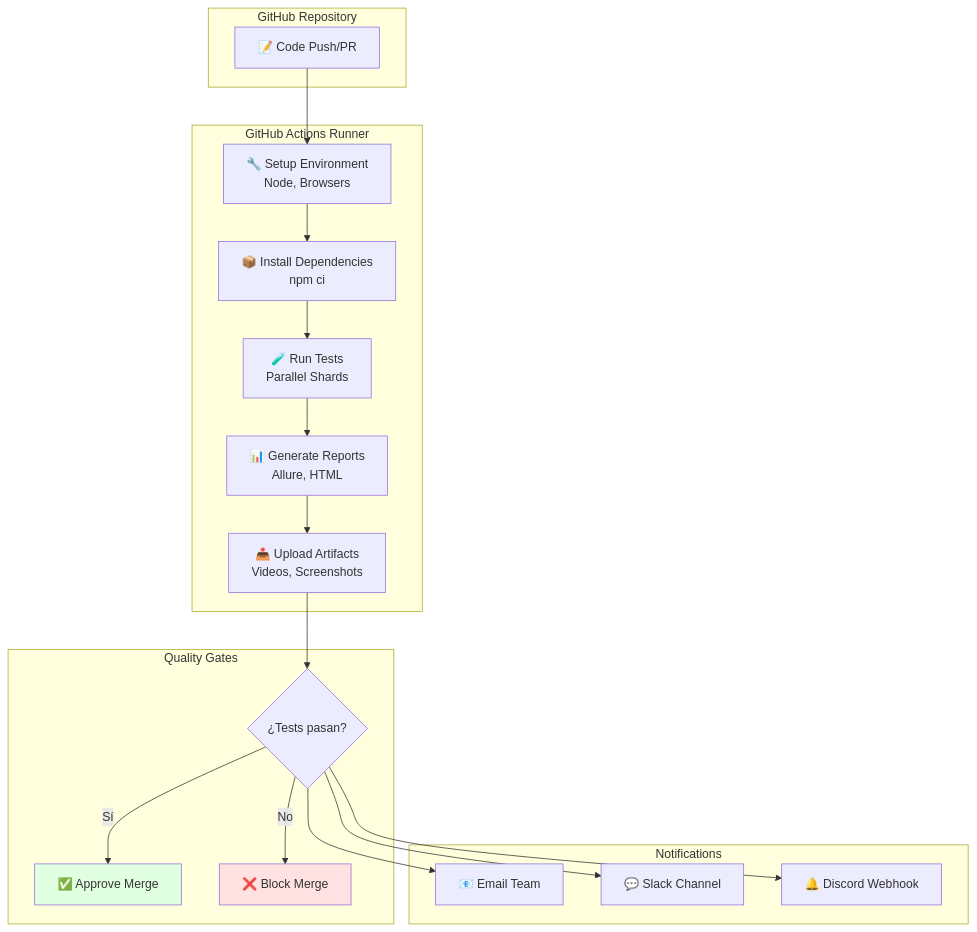
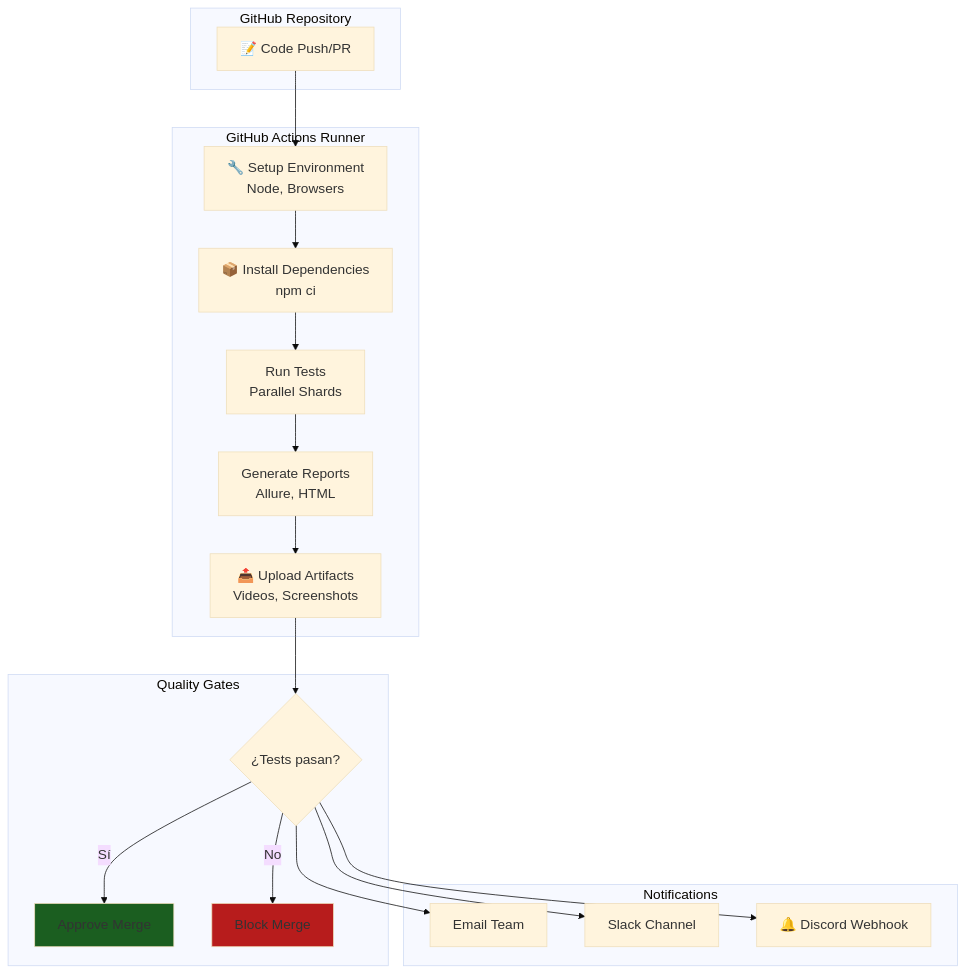
One commit to Ai-Whisperers/Courses-Content changed the fourth of 16 diagrams in courses/🟡-development/FPUNA-2026/01-DESARROLLO-SOFTWARE/especializaciones/qa-automation/04-integracion-ci-cd.md. Above: the diagram before and after it, drawn with Mermaid. The commit also changed other lines of this file and 47 other files, not shown here.

First line of the commit message:
fix: Make all 473 diagrams WCAG AAA accessible (FPUNA-2026)

````diff
--- a/courses/🟡-development/FPUNA-2026/01-DESARROLLO-SOFTWARE/especializaciones/qa-automation/04-integracion-ci-cd.md
+++ b/courses/🟡-development/FPUNA-2026/01-DESARROLLO-SOFTWARE/especializaciones/qa-automation/04-integracion-ci-cd.md
@@ -149,41 +152,42 @@
 ```mermaid
+%%{init: {'theme':'base', 'themeVariables': {'fontSize':'18px'}}}%%
 graph TB
     subgraph "GitHub Repository"
         A[📝 Code Push/PR]
     end
     
     subgraph "GitHub Actions Runner"
         B[🔧 Setup Environment<br/>Node, Browsers]
         C[📦 Install Dependencies<br/>npm ci]
-        D[🧪 Run Tests<br/>Parallel Shards]
-        E[📊 Generate Reports<br/>Allure, HTML]
+        D[Run Tests<br/>Parallel Shards]
+        E[Generate Reports<br/>Allure, HTML]
         F[📤 Upload Artifacts<br/>Videos, Screenshots]
     end
     
     subgraph "Notifications"
-        G[📧 Email Team]
-        H[💬 Slack Channel]
+        G[Email Team]
+        H[Slack Channel]
         I[🔔 Discord Webhook]
     end
     
     subgraph "Quality Gates"
         J{¿Tests pasan?}
-        K[✅ Approve Merge]
-        L[❌ Block Merge]
+        K[Approve Merge]
+        L[Block Merge]
     end
     
     A --> B
     B --> C
     C --> D
     D --> E
     E --> F
     F --> J
     J -->|Sí| K
     J -->|No| L
     J --> G
     J --> H
     J --> I
     
-    style K fill:#E1FFE1
-    style L fill:#FFE1E1
+    style K fill:#1b5e20
+    style L fill:#b71c1c
 ```
````
